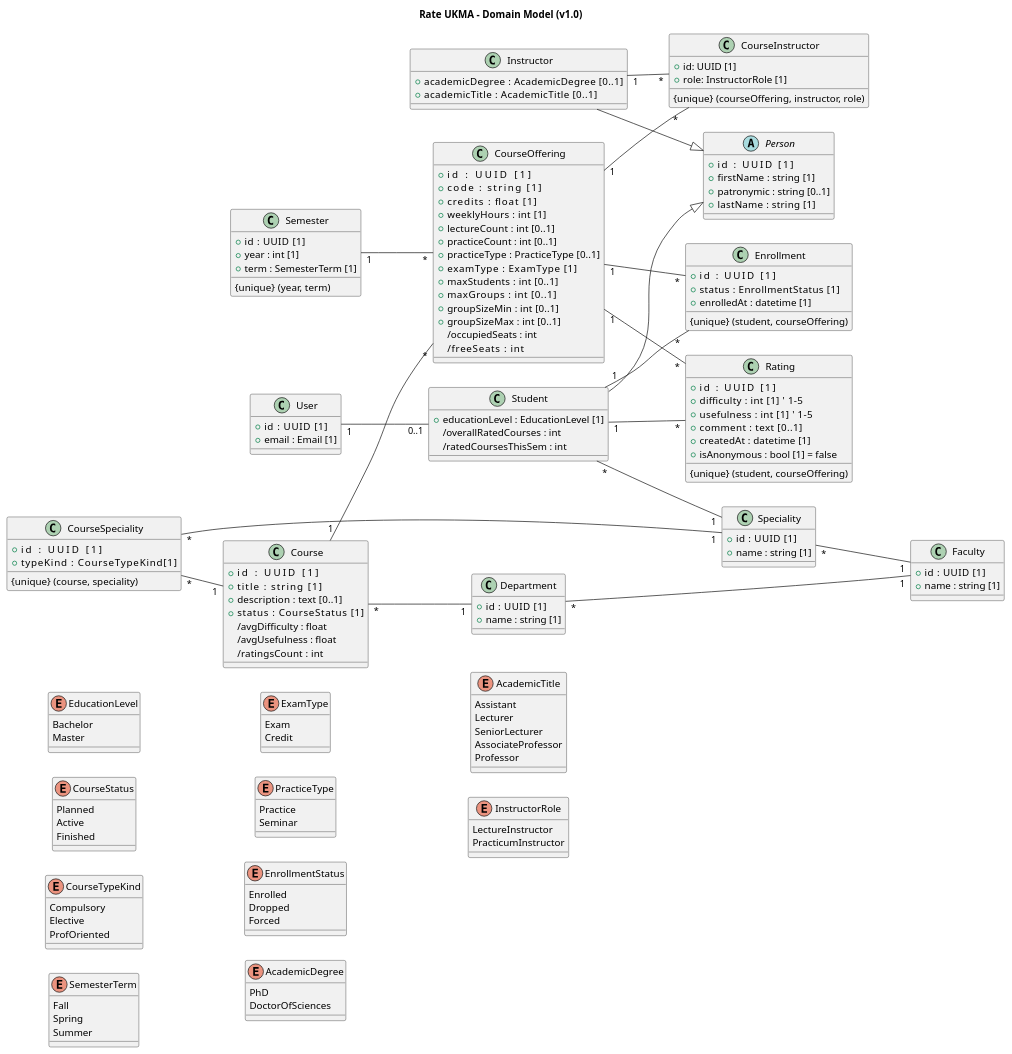
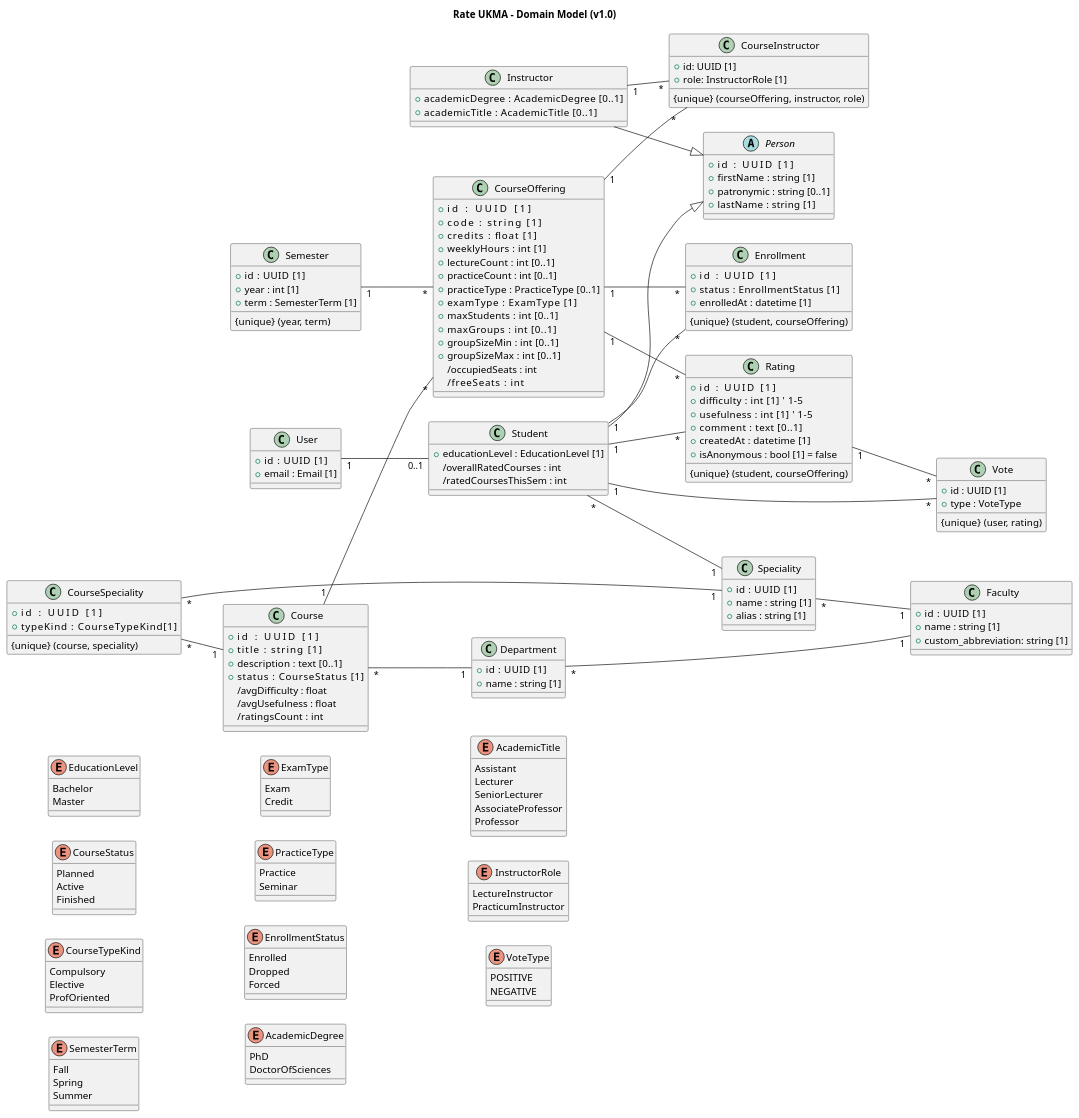
Before and after one commit to ukma-cs-ssdm-2025/rate-ukma: the diagram in docs/architecture/uml/domain-model.puml, drawn with PlantUML. The commit also changed 28 other files, not shown here.

Commit message:
feat(#281): add vote repo, service, serializers, views, schema, add votes to ratings' list response

```diff
--- a/docs/architecture/uml/domain-model.puml
+++ b/docs/architecture/uml/domain-model.puml
@@ -1,180 +1,195 @@
 @startuml core-domain-model
 title Rate UKMA – Domain Model (v1.0)
 left to right direction
 
 class User {
   +id    : UUID [1]
   +email : Email [1]
 }
 
 abstract class Person {
   +id         : UUID [1]
   +firstName  : string [1]
   +patronymic : string [0..1]
   +lastName   : string [1]
 }
 
 class Student {
   +educationLevel : EducationLevel [1]
   /overallRatedCourses : int
   /ratedCoursesThisSem : int
 }
 User "1" -- "0..1" Student
 Student "*" -- "1" Speciality
 Student --|> Person
 
 class Instructor {
   +academicDegree     : AcademicDegree [0..1]
   +academicTitle      : AcademicTitle [0..1]
 }
 Instructor --|> Person
 
 class Faculty {
   +id   : UUID [1]
   +name : string [1]
+  +custom_abbreviation: string [1]
 }
 
 class Department {
   +id   : UUID [1]
   +name : string [1]
 }
 Department "*" -- "1" Faculty
 
 class Speciality {
   +id   : UUID [1]
   +name : string [1]
+  +alias : string [1]
 }
 Speciality "*" -- "1" Faculty
 
 class Course {
   +id           : UUID [1]
   +title        : string [1]
   +description  : text [0..1]
   +status       : CourseStatus [1]
   /avgDifficulty : float
   /avgUsefulness : float
   /ratingsCount  : int
 }
 Course "*" -- "1" Department
 
 class CourseSpeciality {
   +id           : UUID [1]
   +typeKind         : CourseTypeKind[1]
   {unique} (course, speciality)
 }
 CourseSpeciality "*" -- "1" Course
 CourseSpeciality "*" -- "1" Speciality
 
 class Semester {
   +id   : UUID [1]
   +year : int [1]
   +term : SemesterTerm [1]
   {unique} (year, term)
 }
 
 class CourseOffering {
   +id            : UUID [1]
   +code          : string [1]
   +credits       : float [1]
   +weeklyHours   : int [1]
   +lectureCount  : int [0..1]
   +practiceCount : int [0..1]
   +practiceType  : PracticeType [0..1]
   +examType      : ExamType [1]
   +maxStudents   : int [0..1]
   +maxGroups     : int [0..1]
   +groupSizeMin  : int [0..1]
   +groupSizeMax  : int [0..1]
   /occupiedSeats : int
   /freeSeats     : int
 }
 Course "1"   -- "*" CourseOffering
 Semester "1" -- "*" CourseOffering
 
 class CourseInstructor {
   +id: UUID [1]
   +role: InstructorRole [1]
   {unique} (courseOffering, instructor, role)
 }
 CourseOffering "1" -- "*" CourseInstructor
 Instructor "1" -- "*" CourseInstructor
 
 class Enrollment {
   +id         : UUID [1]
   +status     : EnrollmentStatus [1]
   +enrolledAt : datetime [1]
   {unique} (student, courseOffering)
 }
 Student "1"        -- "*" Enrollment
 CourseOffering "1" -- "*" Enrollment
 
 class Rating {
   +id         : UUID [1]
   +difficulty : int [1]    ' 1–5
   +usefulness : int [1]    ' 1–5
   +comment    : text [0..1]
   +createdAt  : datetime [1]
   +isAnonymous : bool [1] = false
   {unique} (student, courseOffering)
 }
 Student "1" -- "*" Rating
 CourseOffering  "1" -- "*" Rating
 
+class Vote {
+  +id : UUID [1]
+  +type : VoteType
+  {unique} (user, rating)
+}
+
+Student "1" -- "*" Vote
+Rating "1" -- "*" Vote
+
 enum EducationLevel {
   Bachelor
   Master
 }
 
 enum CourseStatus {
   Planned
   Active
   Finished
 }
 
 enum CourseTypeKind {
   Compulsory
   Elective
   ProfOriented
 }
 
 enum SemesterTerm {
   Fall
   Spring
   Summer
 }
 
 enum ExamType {
   Exam
   Credit
 }
 
 enum PracticeType {
   Practice
   Seminar
 }
 
 enum EnrollmentStatus {
   Enrolled
   Dropped
   Forced
 }
 
 enum AcademicDegree {
   PhD
   DoctorOfSciences
 }
 
 enum AcademicTitle {
   Assistant
   Lecturer
   SeniorLecturer
   AssociateProfessor   
   Professor            
 }
 
 enum InstructorRole {
   LectureInstructor
   PracticumInstructor
 }
 
+enum VoteType {
+  POSITIVE
+  NEGATIVE
+}
 @enduml
```
